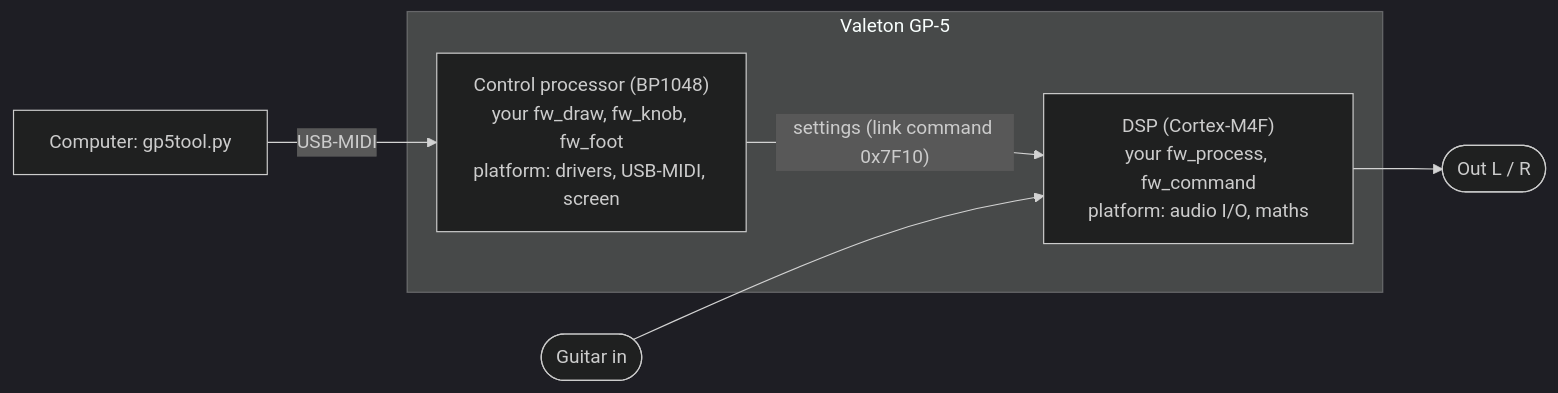
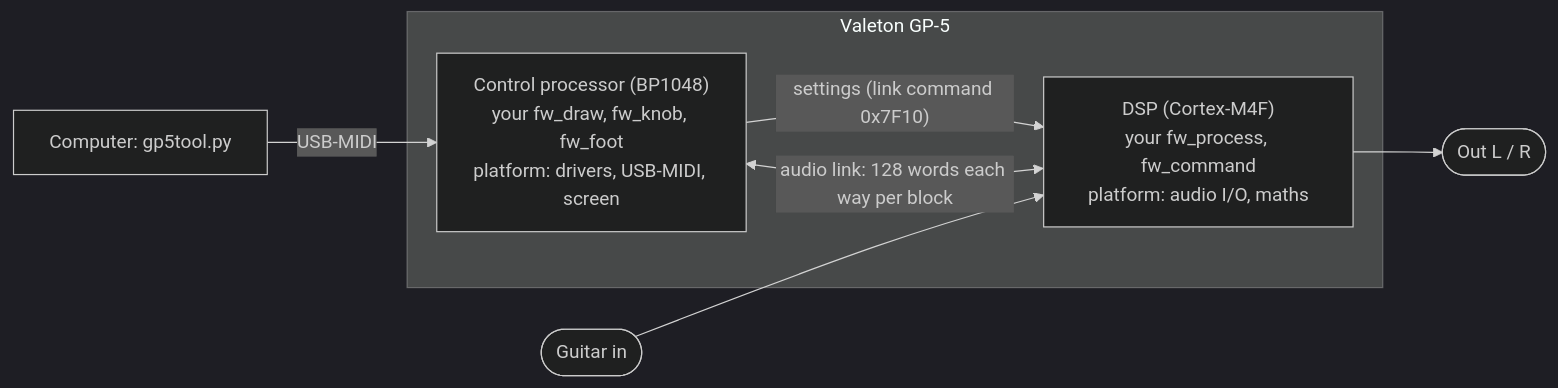
The diagram in README.md (OpenGP5/OpenGP5), drawn with Mermaid (dark theme) before and after one commit. The commit also changed other lines of this file and 55 other files, not shown here.

First line of the commit message:
0.3.0-alpha: audio link between the processors, strobe tuner demo

````diff
--- a/README.md
+++ b/README.md
@@ -83,11 +84,12 @@
 ```mermaid
 flowchart LR
     pc["Computer: gp5tool.py"] -- "USB-MIDI" --> ctl
     subgraph pedal["Valeton GP-5"]
         ctl["Control processor (BP1048)<br/>your fw_draw, fw_knob, fw_foot<br/>platform: drivers, USB-MIDI, screen"]
         dsp["DSP (Cortex-M4F)<br/>your fw_process, fw_command<br/>platform: audio I/O, maths"]
         ctl -- "settings (link command 0x7F10)" --> dsp
+        dsp <-- "audio link: 128 words each way per block" --> ctl
     end
     guitar(["Guitar in"]) --> dsp
     dsp --> out(["Out L / R"])
 ```
````
